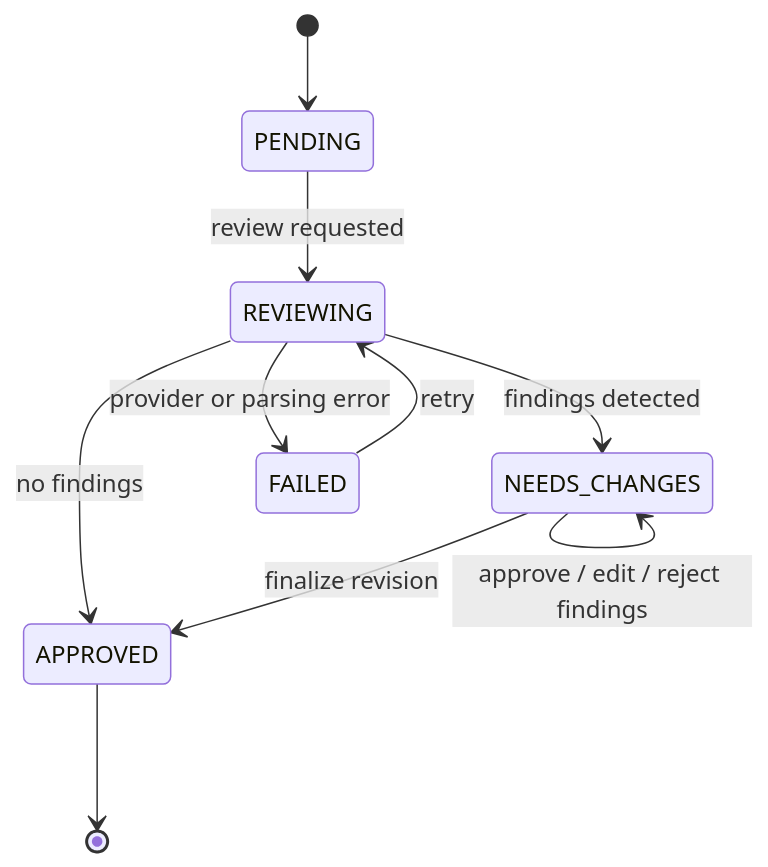
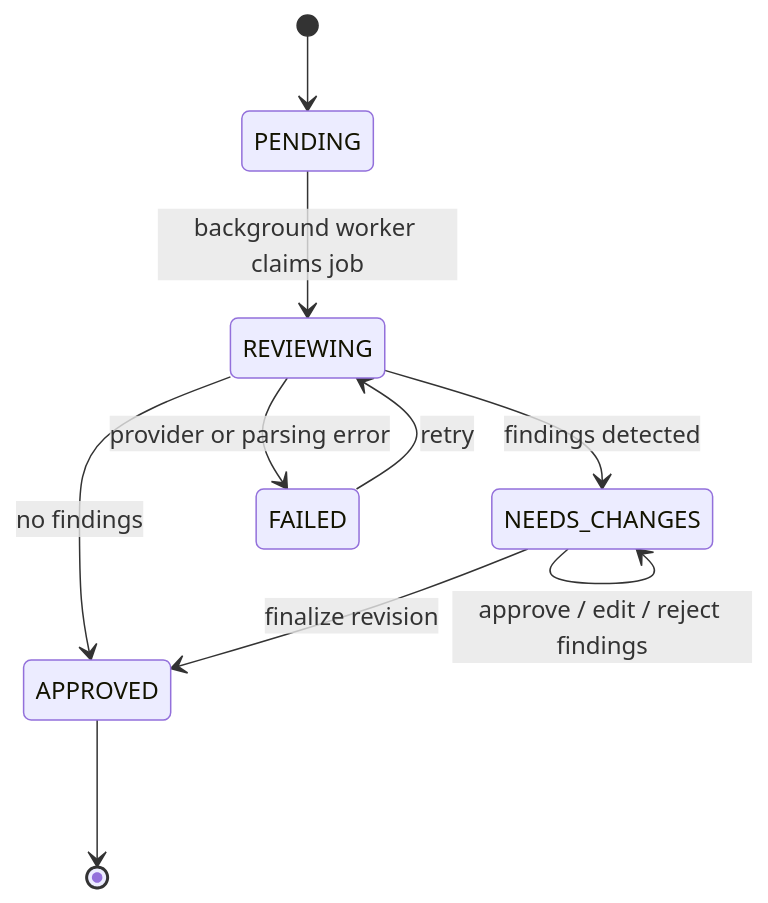
One commit to ashwani-raj1/Aggroso changed the third of 6 diagrams in README.md. Above: the diagram before and after it, drawn with Mermaid. The commit also changed other lines of this file and 4 other files, not shown here.

````diff
--- a/README.md
+++ b/README.md
@@ -163,12 +163,12 @@
 ```mermaid
 stateDiagram-v2
     [*] --> PENDING
-    PENDING --> REVIEWING: review requested
+    PENDING --> REVIEWING: background worker claims job
     REVIEWING --> APPROVED: no findings
     REVIEWING --> NEEDS_CHANGES: findings detected
     REVIEWING --> FAILED: provider or parsing error
     FAILED --> REVIEWING: retry
     NEEDS_CHANGES --> NEEDS_CHANGES: approve / edit / reject findings
     NEEDS_CHANGES --> APPROVED: finalize revision
     APPROVED --> [*]
 ```
````
